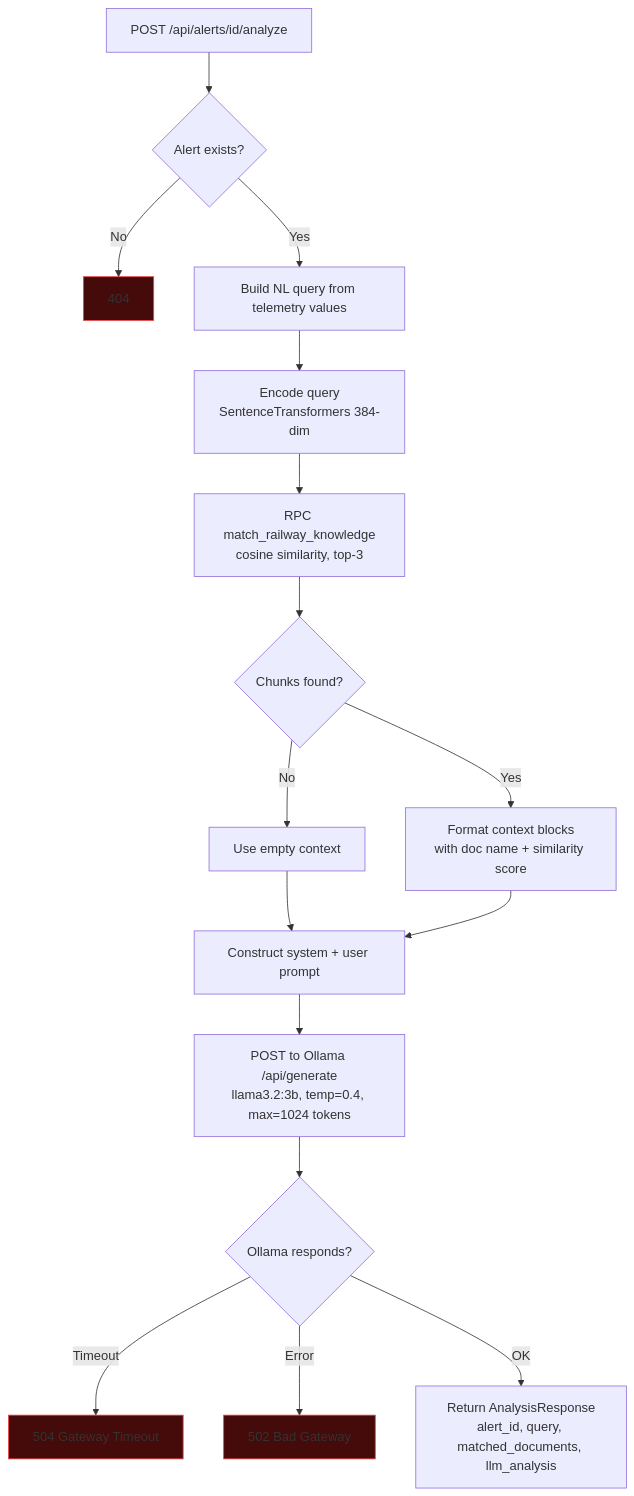
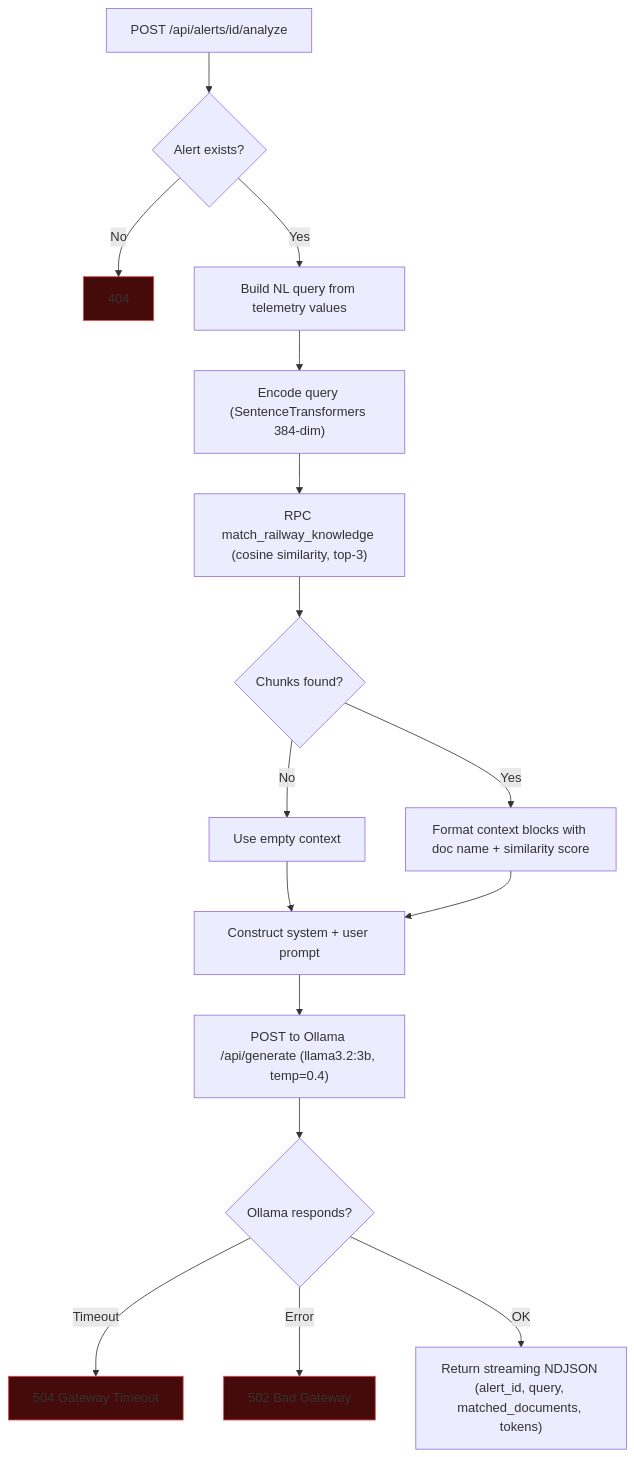
The third of 4 diagrams in ARCHITECTURE.md (shandilyarindam/track-watch), drawn with Mermaid before and after one commit. The commit also changed other lines of this file and 1 other file, not shown here.

Commit message:
fix: resolve github mermaid syntax rendering error

````diff
--- a/ARCHITECTURE.md
+++ b/ARCHITECTURE.md
@@ -72,22 +72,22 @@
 ```mermaid
 flowchart TD
-    A[POST /api/alerts/id/analyze] --> B{Alert exists?}
+    A["POST /api/alerts/id/analyze"] --> B{Alert exists?}
     B -->|No| X[404]
     B -->|Yes| C[Build NL query from telemetry values]
-    C --> D[Encode query<br/>SentenceTransformers 384-dim]
-    D --> E[RPC match_railway_knowledge<br/>cosine similarity, top-3]
+    C --> D["Encode query (SentenceTransformers 384-dim)"]
+    D --> E["RPC match_railway_knowledge (cosine similarity, top-3)"]
     E --> F{Chunks found?}
     F -->|No| G[Use empty context]
-    F -->|Yes| H[Format context blocks<br/>with doc name + similarity score]
+    F -->|Yes| H["Format context blocks with doc name + similarity score"]
     G --> I
     H --> I[Construct system + user prompt]
-    I --> J[POST to Ollama /api/generate<br/>llama3.2:3b, temp=0.4, max=1024 tokens]
+    I --> J["POST to Ollama /api/generate (llama3.2:3b, temp=0.4)"]
     J --> K{Ollama responds?}
     K -->|Timeout| T[504 Gateway Timeout]
     K -->|Error| U[502 Bad Gateway]
-    K -->|OK| L[Return AnalysisResponse<br/>alert_id, query, matched_documents, llm_analysis]
+    K -->|OK| L["Return streaming NDJSON (alert_id, query, matched_documents, tokens)"]
 
     style X fill:#450a0a,stroke:#ef4444
     style T fill:#450a0a,stroke:#ef4444
     style U fill:#450a0a,stroke:#ef4444
 ```
````
